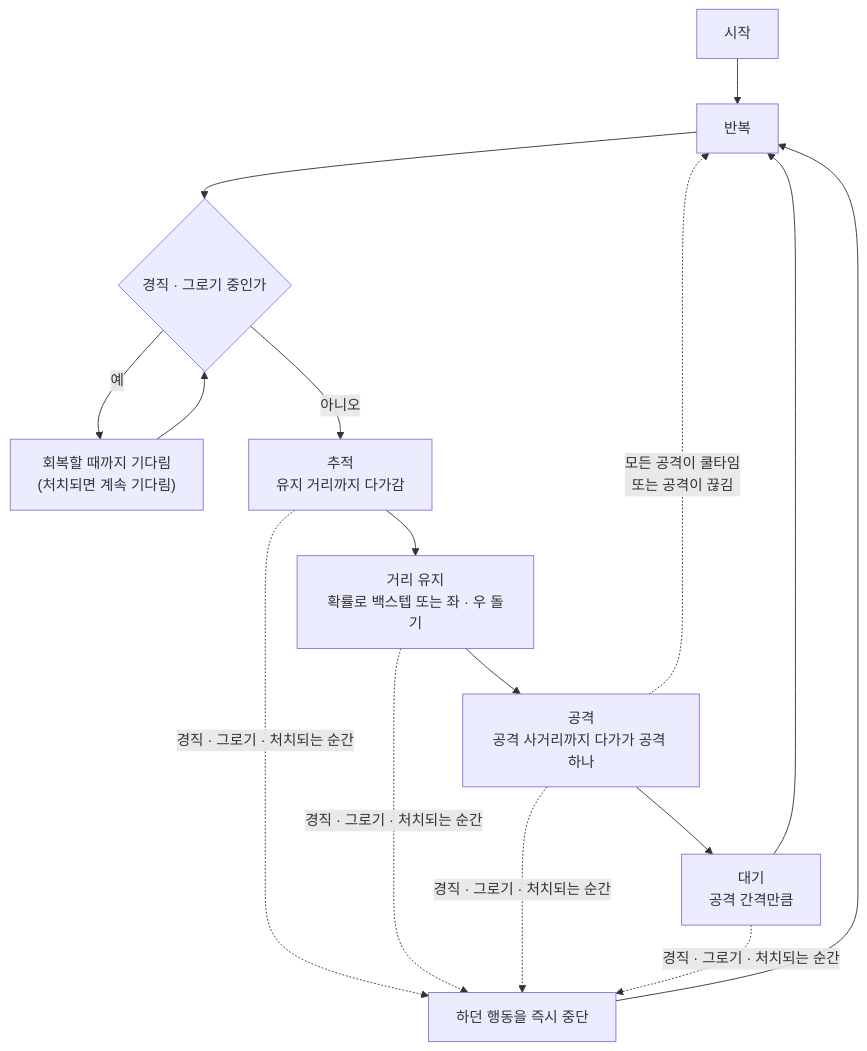
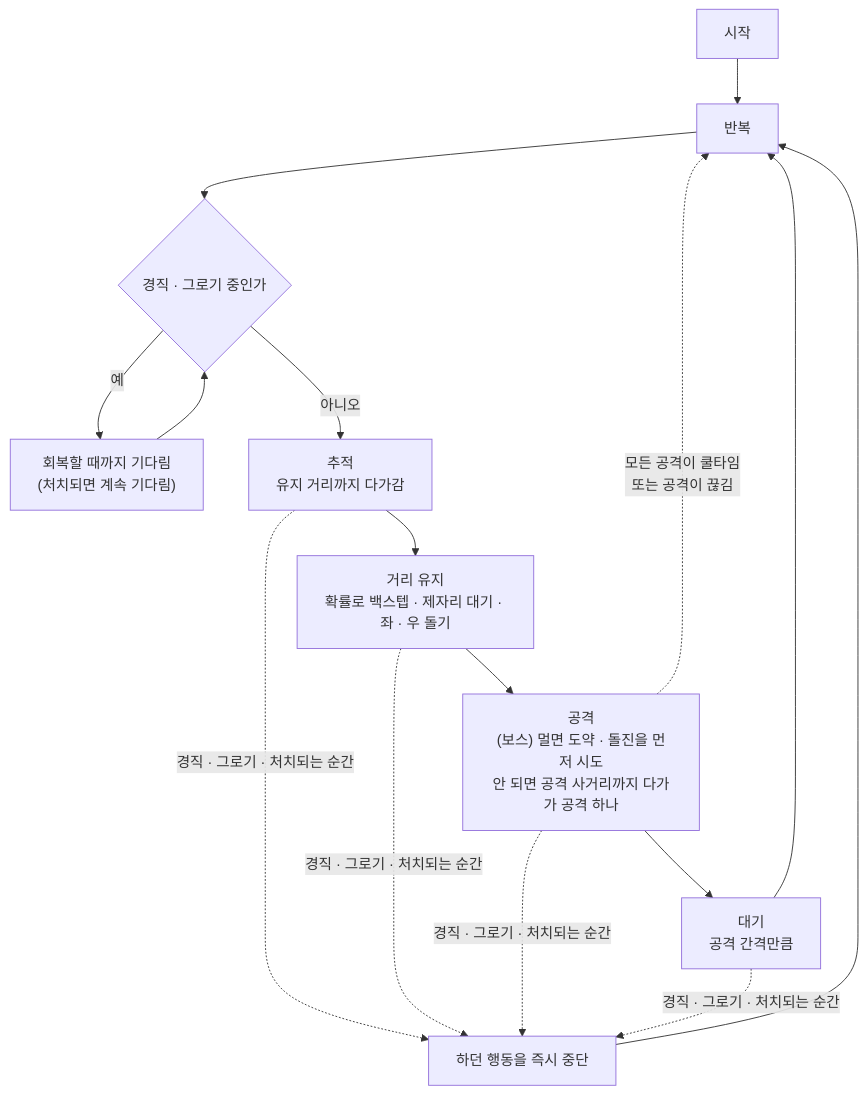
The first of 2 diagrams in Docs/Technical/Enemy/EnemyBehavior.md (SquashPrince/Develrocket_mp15_HHH), drawn with Mermaid before and after one commit. The commit also changed other lines of this file and 3 other files, not shown here.

````diff
--- a/Docs/Technical/Enemy/EnemyBehavior.md
+++ b/Docs/Technical/Enemy/EnemyBehavior.md
@@ -23,15 +24,15 @@
 ```mermaid
 flowchart TD
     S["시작"] --> R["반복"]
     R --> W{"경직 · 그로기 중인가"}
     W -->|"예"| WR["회복할 때까지 기다림<br>(처치되면 계속 기다림)"]
     WR --> W
     W -->|"아니오"| C["추적<br>유지 거리까지 다가감"]
-    C --> K["거리 유지<br>확률로 백스텝 또는 좌 · 우 돌기"]
-    K --> A["공격<br>공격 사거리까지 다가가 공격 하나"]
+    C --> K["거리 유지<br>확률로 백스텝 · 제자리 대기 · 좌 · 우 돌기"]
+    K --> A["공격<br>(보스) 멀면 도약 · 돌진을 먼저 시도<br>안 되면 공격 사거리까지 다가가 공격 하나"]
     A --> D["대기<br>공격 간격만큼"]
     D --> R
     C & K & A & D -.->|"경직 · 그로기 · 처치되는 순간"| AB["하던 행동을 즉시 중단"]
     AB --> R
     A -.->|"모든 공격이 쿨타임<br>또는 공격이 끊김"| R
 ```
````
